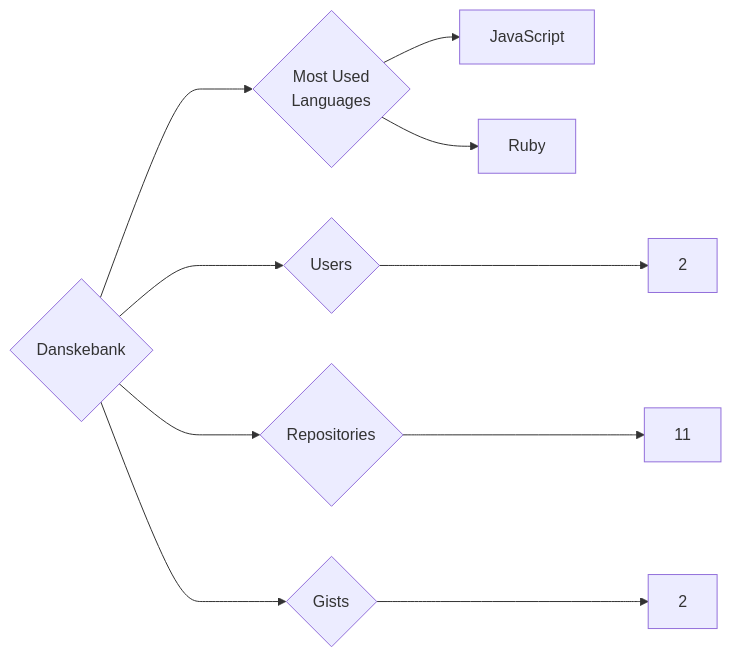
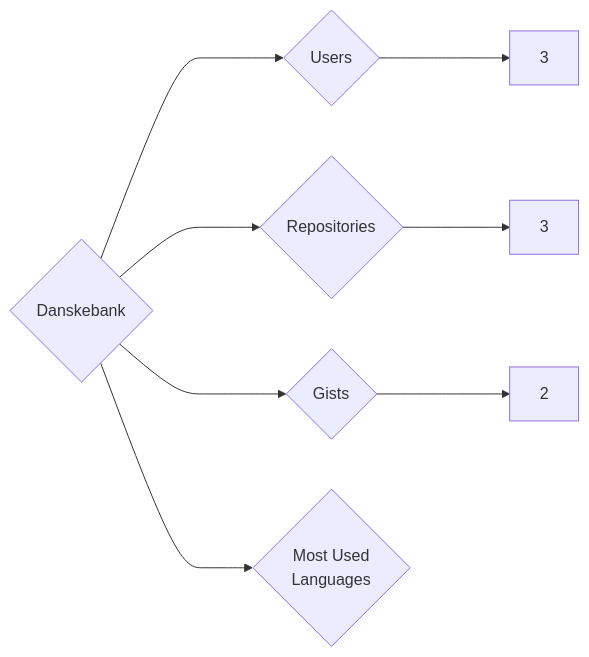
Before and after one commit to trickest/insiders: the diagram in targets/Danskebank/README.md, drawn with Mermaid. The commit also changed 1089 other files, not shown here.

````diff
--- a/targets/Danskebank/README.md
+++ b/targets/Danskebank/README.md
@@ -3,10 +3,8 @@
 ```mermaid
 graph LR
 COMPANY_NAME{Danskebank}
-COMPANY_NAME ---> U{Users} ---> UN[2]
-COMPANY_NAME ---> R{Repositories} ---> RN[11]
+COMPANY_NAME ---> U{Users} ---> UN[3]
+COMPANY_NAME ---> R{Repositories} ---> RN[3]
 COMPANY_NAME ---> G{Gists} ---> GN[2]
 COMPANY_NAME ---> ML{Most Used<br>Languages}
-ML --> JavaScript[JavaScript]
-ML --> Ruby[Ruby]
 ```
````
